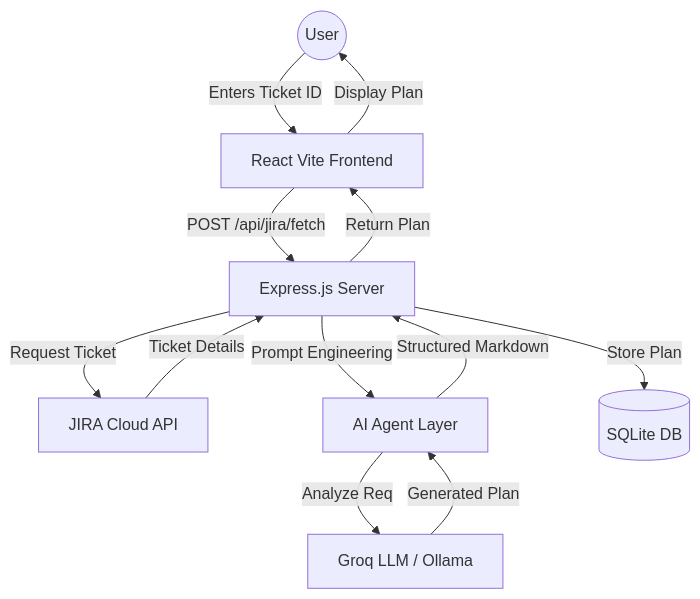
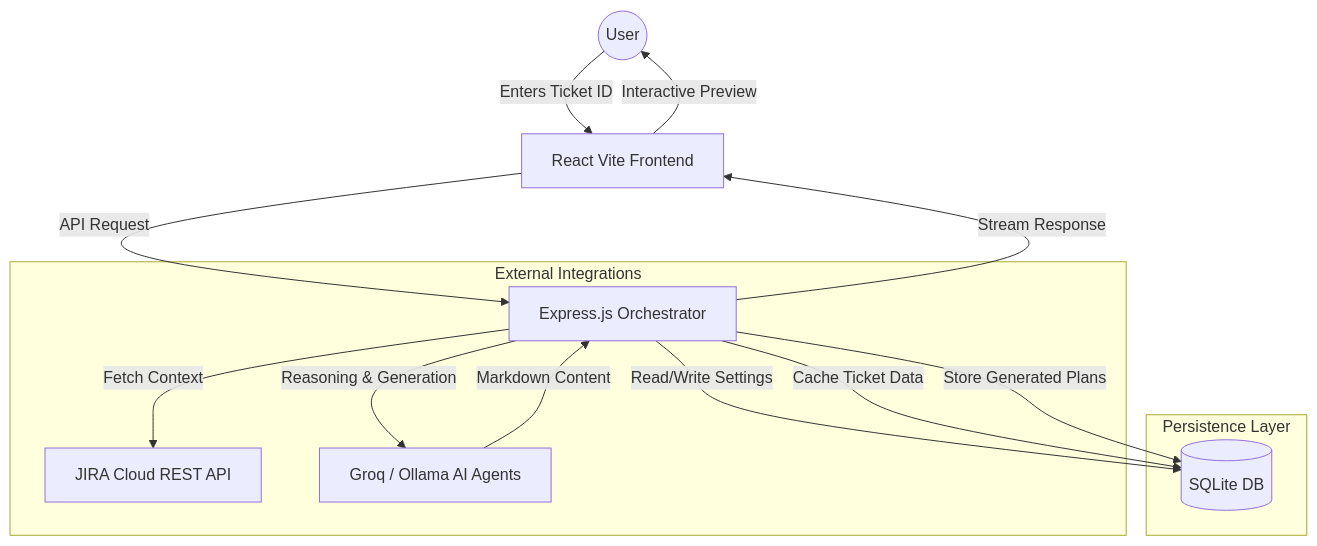
Before and after one commit to karanAtreya1986/pd_test_plan_generator_from_jira_epic_using_ai_agents: the first of 2 diagrams in README.md, drawn with Mermaid. The commit also changed other lines of this file, not shown here.

Commit message:
docs: enhance README with detailed architecture and sequence diagrams

````diff
--- a/README.md
+++ b/README.md
@@ -21,14 +24,20 @@
 ```mermaid
 graph TD
     User((User)) -->|Enters Ticket ID| Frontend[React Vite Frontend]
-    Frontend -->|POST /api/jira/fetch| Backend[Express.js Server]
-    Backend -->|Request Ticket| JiraAPI[JIRA Cloud API]
-    JiraAPI -->|Ticket Details| Backend
-    Backend -->|Prompt Engineering| AI[AI Agent Layer]
-    AI -->|Analyze Req| Groq[Groq LLM / Ollama]
-    Groq -->|Generated Plan| AI
-    AI -->|Structured Markdown| Backend
-    Backend -->|Store Plan| SQLite[(SQLite DB)]
-    Backend -->|Return Plan| Frontend
-    Frontend -->|Display Plan| User
+    Frontend -->|API Request| Backend[Express.js Orchestrator]
+    
+    subgraph "External Integrations"
+        Backend -->|Fetch Context| JiraAPI[JIRA Cloud REST API]
+        Backend -->|Reasoning & Generation| LLM[Groq / Ollama AI Agents]
+    end
+    
+    subgraph "Persistence Layer"
+        Backend -->|Read/Write Settings| SQLite[(SQLite DB)]
+        Backend -->|Cache Ticket Data| SQLite
+        Backend -->|Store Generated Plans| SQLite
+    end
+    
+    LLM -->|Markdown Content| Backend
+    Backend -->|Stream Response| Frontend
+    Frontend -->|Interactive Preview| User
 ```
````
